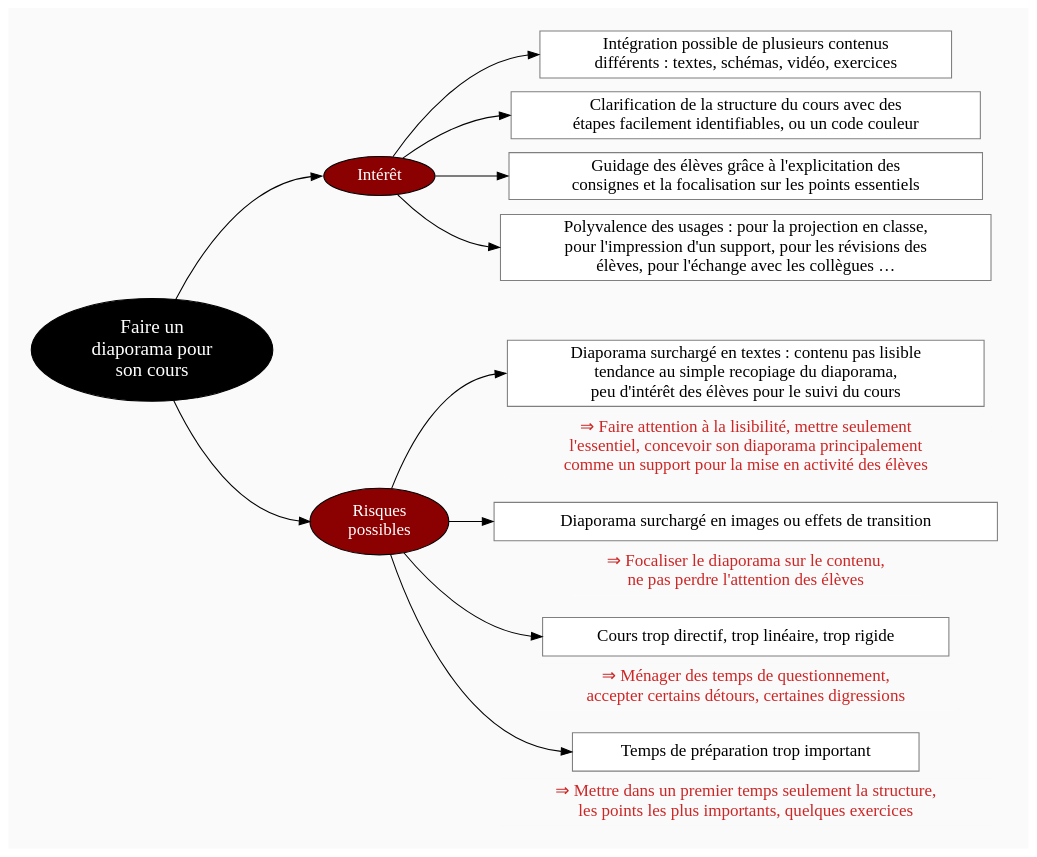
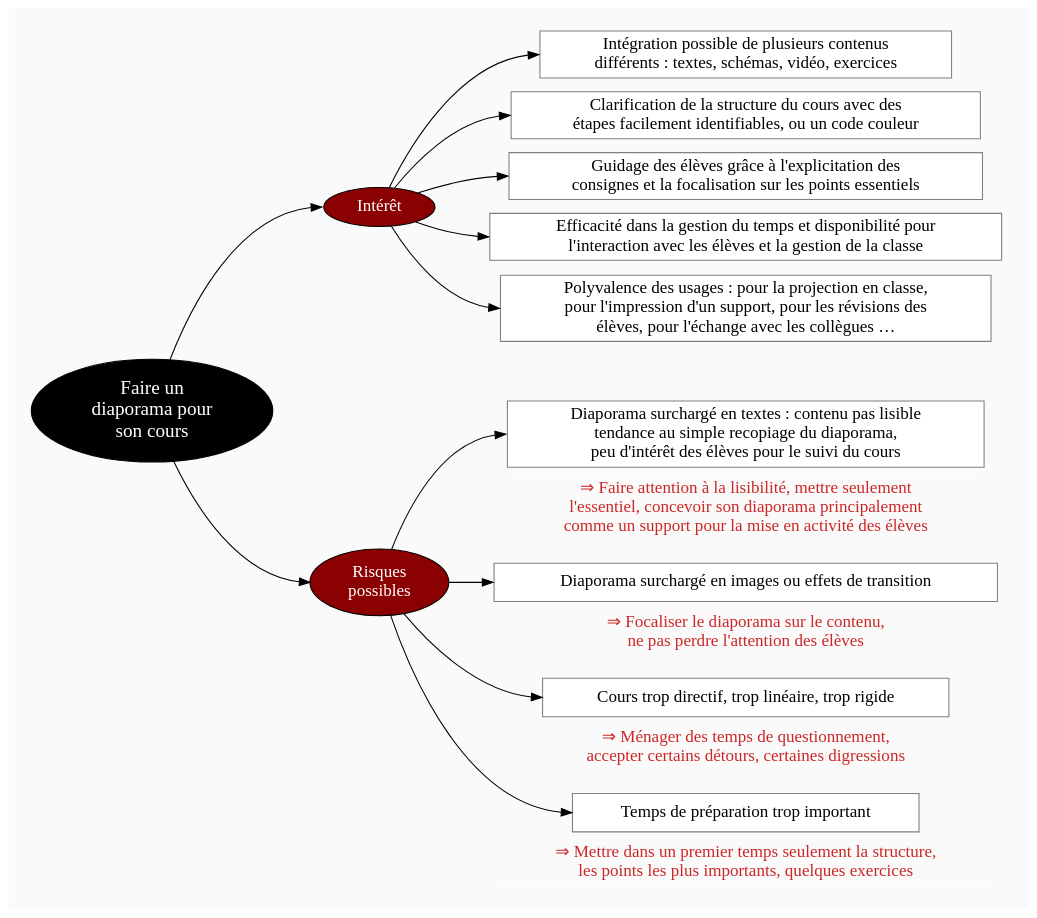
One commit to eyssette/graphviz-examples changed the diagram in diagram/faire-un-diaporama-pour-son-cours.dot. Above: the diagram before and after it, drawn with Graphviz.

```diff
--- a/diagram/faire-un-diaporama-pour-son-cours.dot
+++ b/diagram/faire-un-diaporama-pour-son-cours.dot
@@ -1,107 +1,109 @@
 digraph G {
 // Template : diagram
 // Usage : 
 rankdir=LR
 splines=true
 //splines=curved
 bgcolor=grey98
 pad=0.3
 style=filled
 edge[minlen=4]
 node[style=filled, fontcolor=white]
 ranksep=0.1
 nodesep=0.1
 
 // NIVEAU 1
 node[fillcolor=12, fontsize=18]
 a1[label="Faire un
 diaporama pour
 son cours"]
 
 // NIVEAU 2
 node[fillcolor=red4, fontsize=16]
 a1->{
 b1[label="Intérêt"]    
 b2[label="Risques
 possibles"]
 }[headport=w]
 
 node[fontcolor=black]
 // NIVEAU 3 (sans intermédiaire)
 node [shape=box, fillcolor=white, color=grey50]
 // c1[label=""]
-b1->{c1,c2,c3,c4}[headport=w]
-c1[label="Intégration possible de plusieurs contenus
+b1->{ba1,ba2,ba3,ba4,ba5}[headport=w]
+ba1[label="Intégration possible de plusieurs contenus
 différents : textes, schémas, vidéo, exercices"]
-c2[label="Clarification de la structure du cours avec des
+ba2[label="Clarification de la structure du cours avec des
 étapes facilement identifiables, ou un code couleur"]
-c3[label="Guidage des élèves grâce à l'explicitation des
+ba3[label="Guidage des élèves grâce à l'explicitation des
 consignes et la focalisation sur les points essentiels"]
-c4[label="Polyvalence des usages : pour la projection en classe,
+ba4[label="Efficacité dans la gestion du temps et disponibilité pour
+l'interaction avec les élèves et la gestion de la classe"]
+ba5[label="Polyvalence des usages : pour la projection en classe,
 pour l'impression d'un support, pour les révisions des
 élèves, pour l'échange avec les collègues …"]
 
-{rank=same;c1->c2->c3->c4[style=invis,minlen=2]}
+{rank=same;ba1->ba2->ba3->ba4->ba5[style=invis,minlen=2]}
 
 
 
 b2->{c5,c6,c7, c8}[headport=w]
 c5[label="Diaporama surchargé en textes : contenu pas lisible
 tendance au simple recopiage du diaporama,
 peu d'intérêt des élèves pour le suivi du cours"]
 c6[label="Diaporama surchargé en images ou effets de transition"]
 c7[label="Cours trop directif, trop linéaire, trop rigide"]
 c8[label="Temps de préparation trop important"]
-{rank=same;c4->c5[style=invis, minlen=8]}
+{rank=same;ba5->c5[style=invis, minlen=8]}
 
 
 
 
 // INTERMÉDIAIRE AVANT NIVEAU 3
 node[fillcolor=grey78, shape=oval]
 // [arrowhead=none]
 // bc1[label=""]
 
 // NIVEAU 3 (avec intermédiaire)
 node[fillcolor=white, shape=box, color=grey50]
 // c1[label=""]
 
 // NIVEAU 4
 node[style="filled,rounded", fillcolor=white, shape=box, color=grey50, fontsize=13]
 // d1[label=""]
 
 // ÉTIQUETTES EN ROUGE
 node[shape=plaintext, fontcolor=firebrick3, fillcolor=grey98, fontsize=16]
 // e1[label=< <B>= Titre</B><BR /><BR />Contenu<BR /> >]
 // e1[label=""]
 // ->e1[minlen=1, style=invis]
 
 {rank=same;c5->e1[minlen=1, style=invis]}
 e1[label="⇒ Faire attention à la lisibilité, mettre seulement
 l'essentiel, concevoir son diaporama principalement
 comme un support pour la mise en activité des élèves"]
 
 {rank=same;c6->e2[minlen=1, style=invis]}
 e2[label="⇒ Focaliser le diaporama sur le contenu,
 ne pas perdre l'attention des élèves"]
 
 {rank=same;c7->e3[minlen=1, style=invis]}
 e3[label="⇒ Ménager des temps de questionnement,
 accepter certains détours, certaines digressions"]
 
 {rank=same;c8->e4[minlen=1, style=invis]}
 e4[label="⇒ Mettre dans un premier temps seulement la structure,
 les points les plus importants, quelques exercices"]
 
 {rank=same;e1->c6[style=invis,minlen=3]}
 {rank=same;e2->c7[style=invis,minlen=3]}
 {rank=same;e3->c8[style=invis,minlen=3]}
 
 // REMARQUES EN BLEU
 node[color=blue, shape=box, margin=0.07, fontcolor=black, fontsize=12, style="dashed", penwidth=0.6]
 edge[color=blue, arrowhead="none", xlabel="", style="dashed", penwidth=0.6]
 // r1[label=""]
 // {rank=same;->r1}
 // {rank=same;r1->[dir=back]}
 
 }
```
